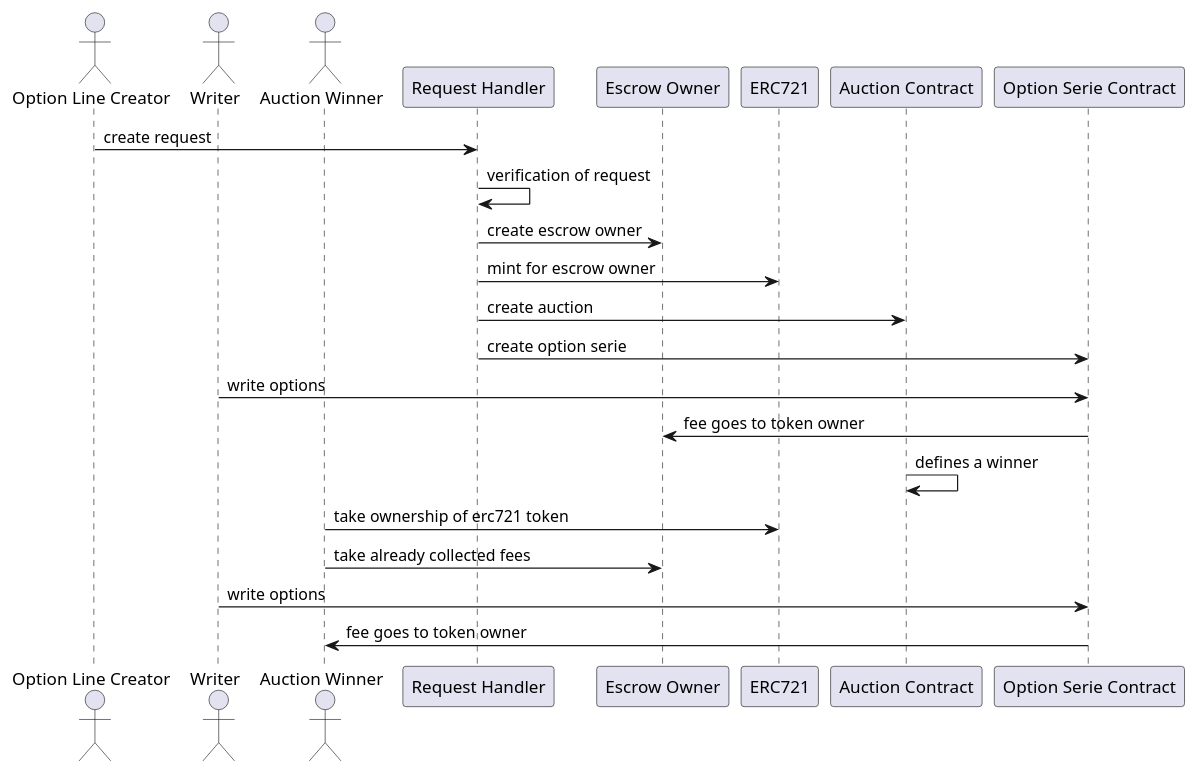
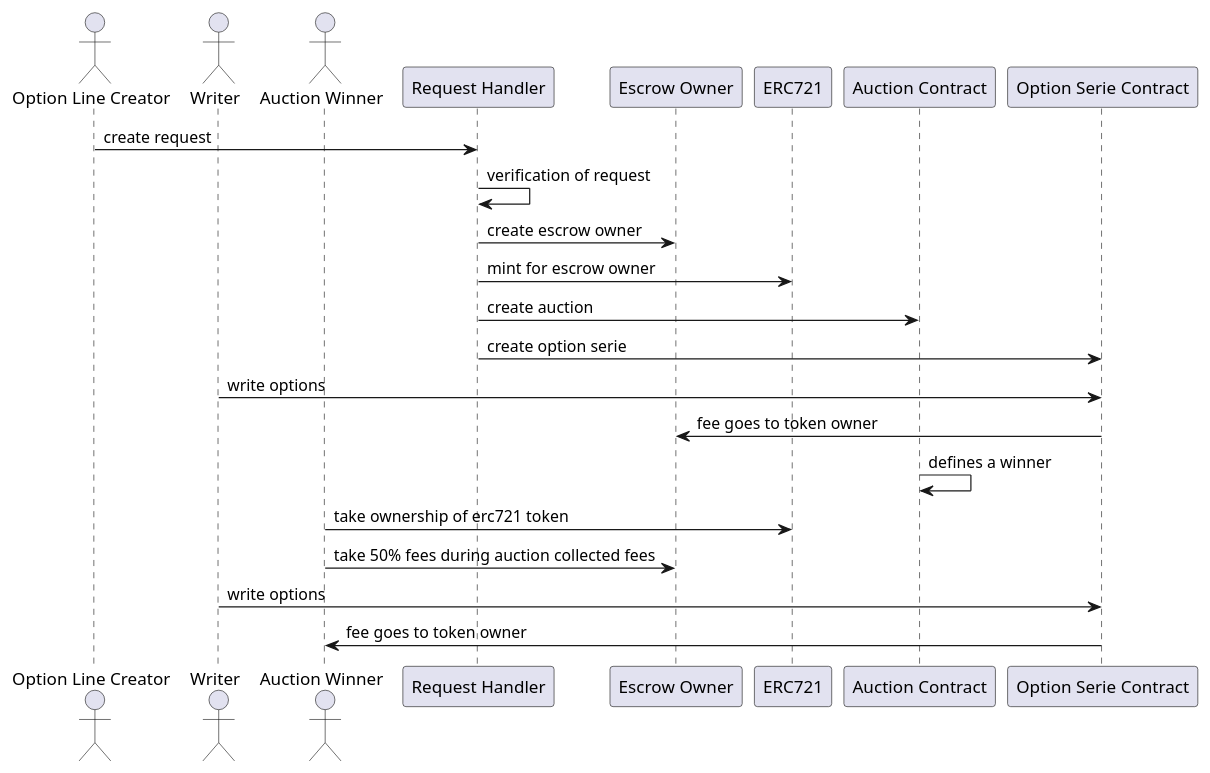
One commit to mxn/eth_option changed the diagram in docs/dias/create_option_serie.puml. Above: the diagram before and after it, drawn with PlantUML. The commit also changed 6 other files, not shown here.

```diff
--- a/docs/dias/create_option_serie.puml
+++ b/docs/dias/create_option_serie.puml
@@ -1,29 +1,30 @@
 @startuml
 actor "Option Line Creator" as creator
 actor "Writer" as writer
 actor "Auction Winner" as auction_winner
 participant "Request Handler" as req_handler
 participant "Escrow Owner" as created_owner
 participant "ERC721" as erc721
 participant "Auction Contract" as auction
 participant "Option Serie Contract" as opt_serie
 
 creator -> req_handler: create request
 req_handler -> req_handler: verification of request
 req_handler -> created_owner: create escrow owner
 req_handler -> erc721: mint for escrow owner
 req_handler -> auction: create auction
 req_handler -> opt_serie: create option serie
 
 writer -> opt_serie: write options
 opt_serie -> created_owner: fee goes to token owner
 
 auction -> auction: defines a winner
 auction_winner -> erc721: take ownership of erc721 token
-auction_winner -> created_owner: take already collected fees
+auction_winner -> created_owner: take 50% fees during auction collected fees
+
 
 writer -> opt_serie: write options
 opt_serie -> auction_winner: fee goes to token owner
 
 
 @enduml
```
